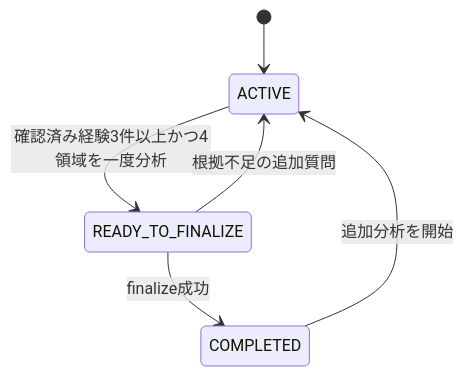
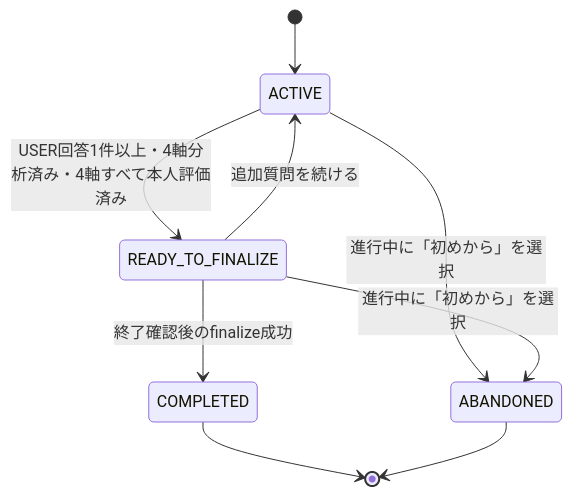
Before and after one commit to HACK-STAGE-STAGE2-teamG-YOZORA/Polaris: the second of 4 diagrams in docs/domain-model.md, drawn with Mermaid. The commit also changed other lines of this file and 22 other files, not shown here.

Commit message:
要件定義と設計Schema

````diff
--- a/docs/domain-model.md
+++ b/docs/domain-model.md
@@ -75,8 +89,11 @@
 ```mermaid
 stateDiagram-v2
     [*] --> ACTIVE
-    ACTIVE --> READY_TO_FINALIZE: 確認済み経験3件以上かつ4領域を一度分析
-    READY_TO_FINALIZE --> ACTIVE: 根拠不足の追加質問
-    READY_TO_FINALIZE --> COMPLETED: finalize成功
-    COMPLETED --> ACTIVE: 追加分析を開始
+    ACTIVE --> READY_TO_FINALIZE: USER回答1件以上・4軸分析済み・4軸すべて本人評価済み
+    READY_TO_FINALIZE --> ACTIVE: 追加質問を続ける
+    ACTIVE --> ABANDONED: 進行中に「初めから」を選択
+    READY_TO_FINALIZE --> ABANDONED: 進行中に「初めから」を選択
+    READY_TO_FINALIZE --> COMPLETED: 終了確認後のfinalize成功
+    COMPLETED --> [*]
+    ABANDONED --> [*]
 ```
````
